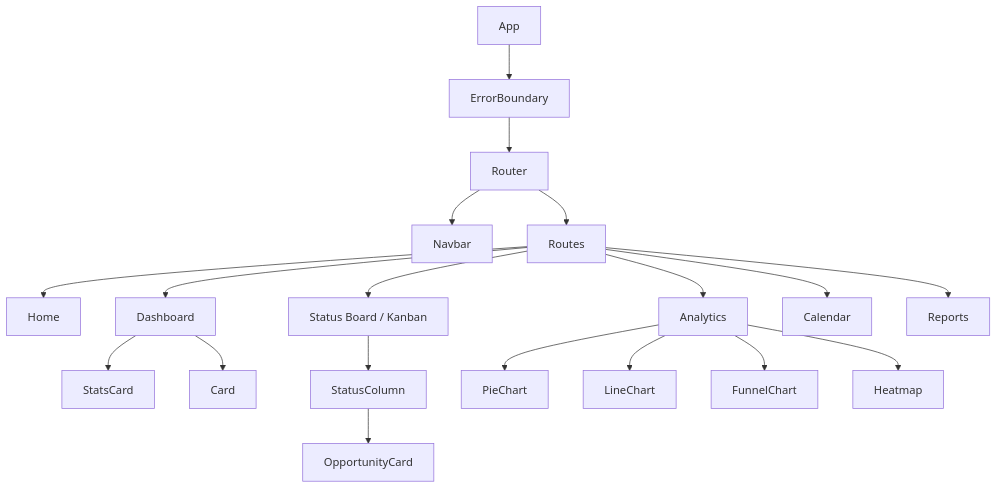
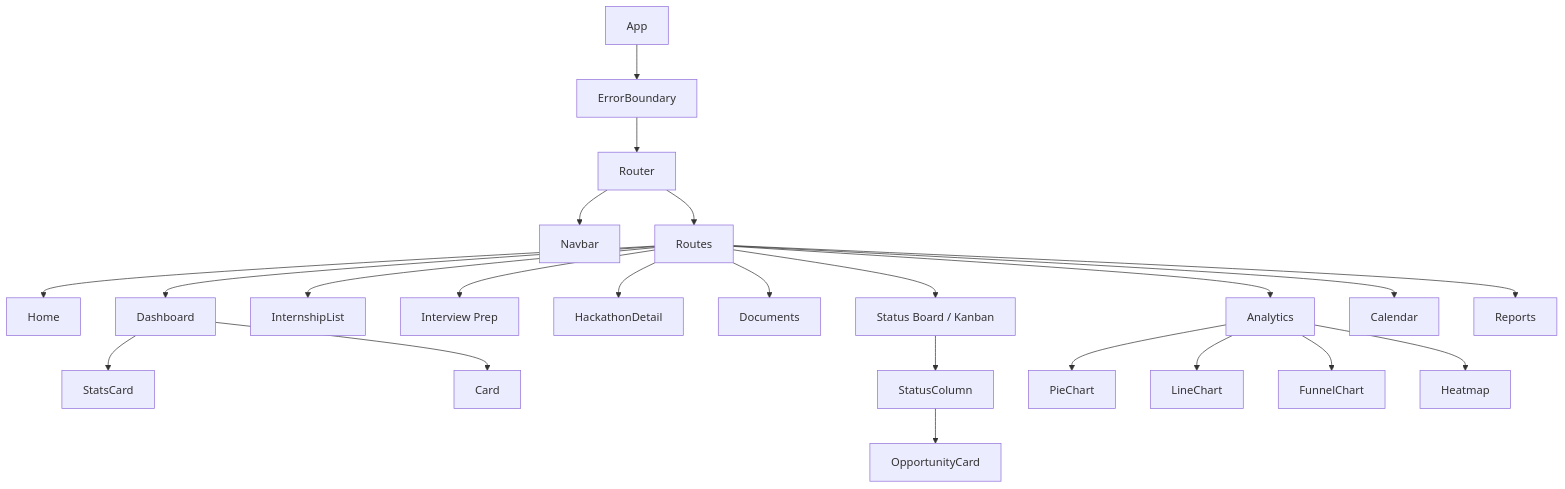
The fifth of 6 diagrams in docs/DOCUMENTATION.md (Dev1822/FutureStack), drawn with Mermaid before and after one commit. The commit also changed other lines of this file and 8 other files, not shown here.

First line of the commit message:
Update documentation for interview prep, ATS, and codebase onboarding.

````diff
--- a/docs/DOCUMENTATION.md
+++ b/docs/DOCUMENTATION.md
@@ -225,25 +255,29 @@
 ```mermaid
 graph TD
     App --> ErrorBoundary
     ErrorBoundary --> Router
     Router --> Navbar
     Router --> Routes
     
     Routes --> Home
     Routes --> Dashboard
+    Routes --> InternshipList
+    Routes --> InterviewPrepDetail[Interview Prep]
+    Routes --> HackathonDetail
+    Routes --> Documents
     Routes --> StatusBoard[Status Board / Kanban]
     Routes --> Analytics
     Routes --> Calendar
     Routes --> Reports
     
     Dashboard --> StatsCard
     Dashboard --> Card
     
     StatusBoard --> StatusColumn
     StatusColumn --> OpportunityCard
     
     Analytics --> PieChart
     Analytics --> LineChart
     Analytics --> FunnelChart
     Analytics --> Heatmap
 ```
````
